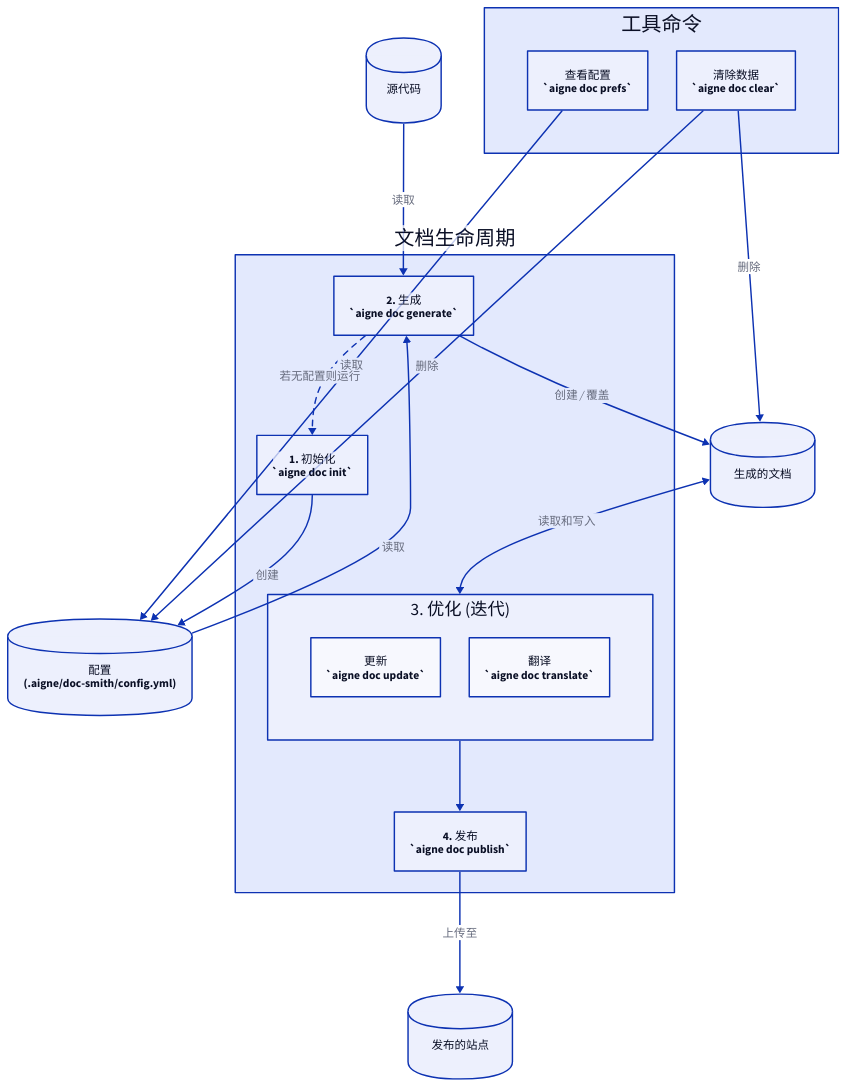
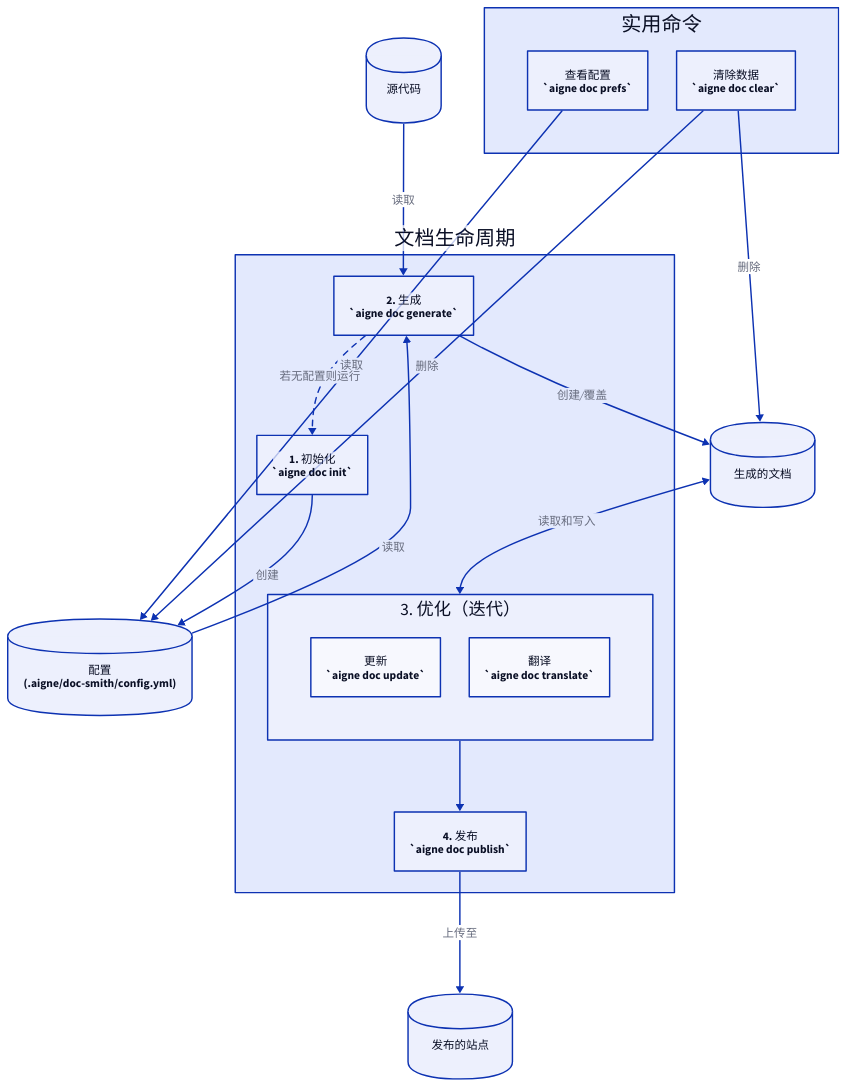
Before and after one commit to AIGNE-io/aigne-doc-smith: the diagram in docs/cli-reference.zh.md, drawn with D2. The commit also changed other lines of this file and 65 other files, not shown here.

````diff
--- a/docs/cli-reference.zh.md
+++ b/docs/cli-reference.zh.md
@@ -15,7 +15,7 @@
 ```d2
 direction: down
 
-# 产物
+# Artifacts
 Source-Code: {
   label: "源代码"
   shape: cylinder
@@ -33,7 +33,7 @@
   shape: cylinder
 }
 
-# --- 核心工作流 ---
+# --- Core Workflow ---
 Lifecycle: {
   label: "文档生命周期"
   
@@ -48,7 +48,7 @@
   }
 
   Refinement: {
-    label: "3. 优化 (迭代)"
+    label: "3. 优化（迭代）"
     grid-columns: 2
 
     update: {
@@ -67,9 +67,9 @@
   }
 }
 
-# --- 工具命令 ---
+# --- Utility Commands ---
 Utilities: {
-  label: "工具命令"
+  label: "实用命令"
   grid-columns: 2
   
   prefs: {
@@ -83,26 +83,26 @@
 }
 
 
-# --- 连接 ---
+# --- Connections ---
 
-# 设置与生成
+# Setup and Generation
 Lifecycle.init -> Configuration: "创建"
 Source-Code -> Lifecycle.generate: "读取"
 Configuration -> Lifecycle.generate: "读取"
-Lifecycle.generate -> Generated-Docs: "创建 / 覆盖"
+Lifecycle.generate -> Generated-Docs: "创建/覆盖"
 Lifecycle.generate -> Lifecycle.init: {
   label: "若无配置则运行"
   style.stroke-dash: 4
 }
 
-# 优化循环
+# Refinement Loop
 Generated-Docs <-> Lifecycle.Refinement: "读取和写入"
 
-# 发布
+# Publishing
 Lifecycle.Refinement -> Lifecycle.publish
 Lifecycle.publish -> Published-Docs: "上传至"
 
-# 工具连接
+# Utility Connections
 Utilities.prefs -> Configuration: "读取"
 Utilities.clear -> Configuration: "删除"
 Utilities.clear -> Generated-Docs: "删除"
````
